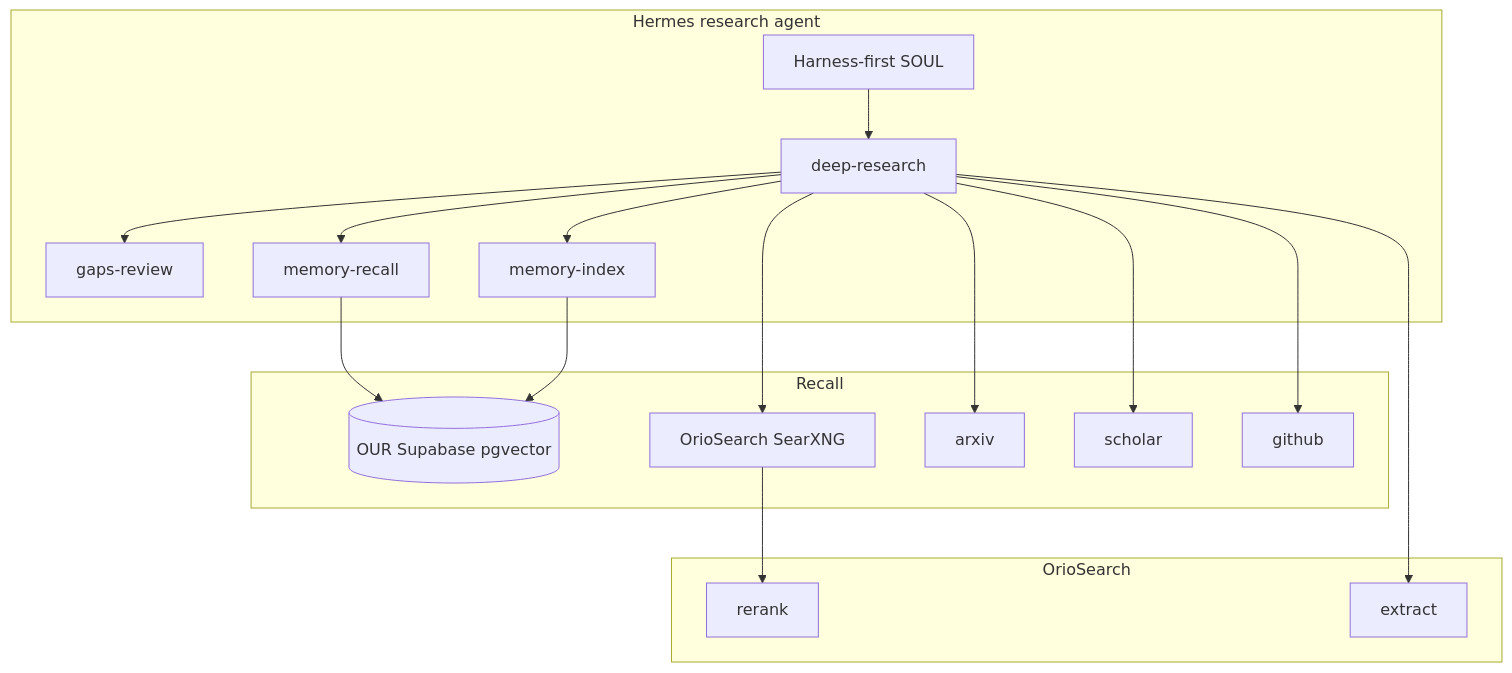
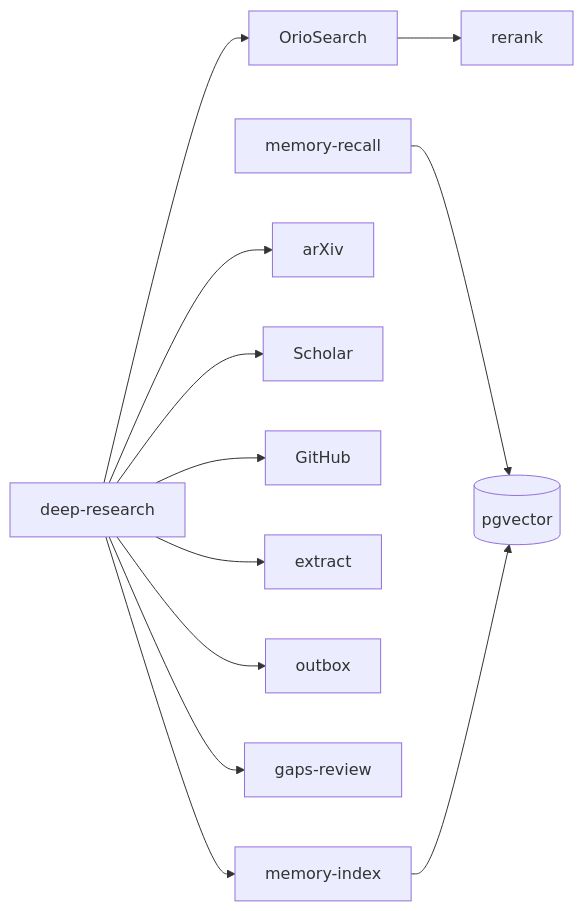
Before and after one commit to DeEnabler/sovereign-research: the diagram in README.md, drawn with Mermaid. The commit also changed other lines of this file and 1 other file, not shown here.

````diff
--- a/README.md
+++ b/README.md
@@ -25,33 +30,14 @@
 ```mermaid
-flowchart TB
-  subgraph agent [Hermes research agent]
-    SOUL[Harness-first SOUL]
-    DR[deep-research]
-    GR[gaps-review]
-    MI[memory-index]
-    MR[memory-recall]
-  end
-  subgraph recall [Recall]
-    MEM[(OUR Supabase pgvector)]
-    WEB[OrioSearch SearXNG]
-    ARX[arxiv]
-    SCH[scholar]
-    GH[github]
-  end
-  subgraph orio [OrioSearch]
-    RERANK[rerank]
-    EXT[extract]
-  end
-  SOUL --> DR
-  MR --> MEM
-  DR --> MR
-  DR --> WEB
-  DR --> ARX
-  DR --> SCH
-  DR --> GH
-  WEB --> RERANK
-  DR --> EXT
-  DR --> GR
-  DR --> MI
+flowchart LR
+  MR[memory-recall] --> MEM[(pgvector)]
+  DR[deep-research] --> WEB[OrioSearch]
+  DR --> ARX[arXiv]
+  DR --> SCH[Scholar]
+  DR --> GH[GitHub]
+  WEB --> RERANK[rerank]
+  DR --> EXT[extract]
+  DR --> OUT[outbox]
+  DR --> GR[gaps-review]
+  DR --> MI[memory-index]
   MI --> MEM
 ```
````
